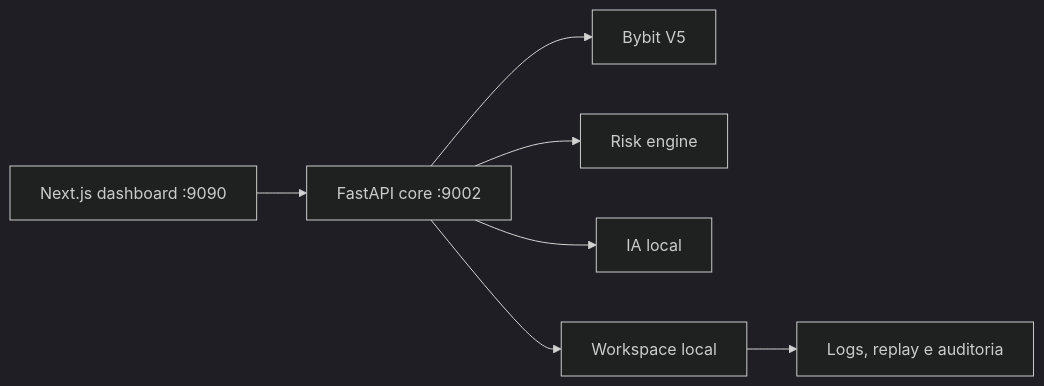
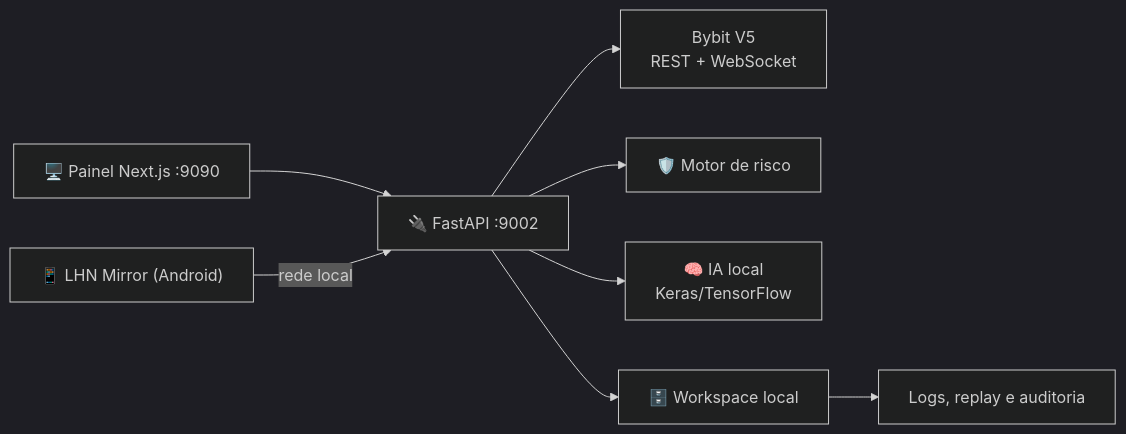
The first of 2 diagrams in README.md (SrSatriano/SrSatriano), drawn with Mermaid (dark theme) before and after one commit. The commit also changed other lines of this file and 60 other files, not shown here.

````diff
--- a/README.md
+++ b/README.md
@@ -131,9 +143,10 @@
 ```mermaid
 flowchart LR
-    UI["Next.js dashboard :9090"] --> API["FastAPI core :9002"]
-    API --> EX["Bybit V5"]
-    API --> RISK["Risk engine"]
-    API --> AI["IA local"]
-    API --> WS["Workspace local"]
+    UI["🖥️ Painel Next.js :9090"] --> API["🔌 FastAPI :9002"]
+    MOB["📱 LHN Mirror (Android)"] -->|rede local| API
+    API --> EX["Bybit V5<br/>REST + WebSocket"]
+    API --> RISK["🛡️ Motor de risco"]
+    API --> AI["🧠 IA local<br/>Keras/TensorFlow"]
+    API --> WS["🗄️ Workspace local"]
     WS --> OBS["Logs, replay e auditoria"]
 ```
````
